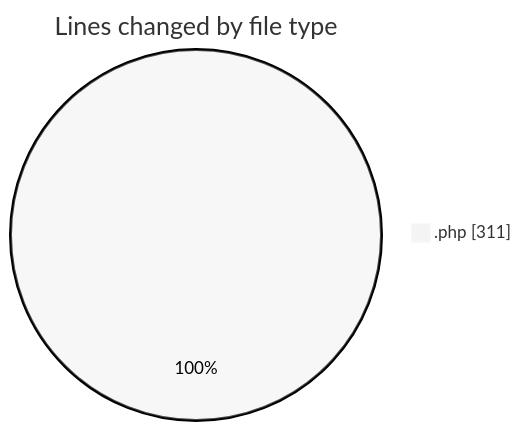
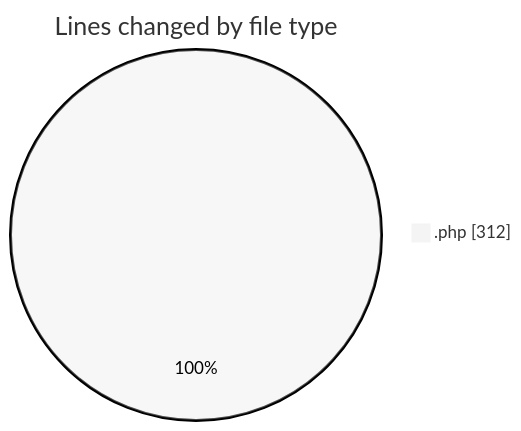
One commit to LanceThiago/code-tracking changed the first of 2 diagrams in 2026-08-31/web/README.md. Above: the diagram before and after it, drawn with Mermaid (neutral theme). The commit also changed other lines of this file and 1 other file, not shown here.

````diff
--- a/2026-08-31/web/README.md
+++ b/2026-08-31/web/README.md
@@ -24,5 +24,5 @@
 ```mermaid
 pie showData
 title Lines changed by file type
-".php" : 311
+".php" : 312
 ```
````
